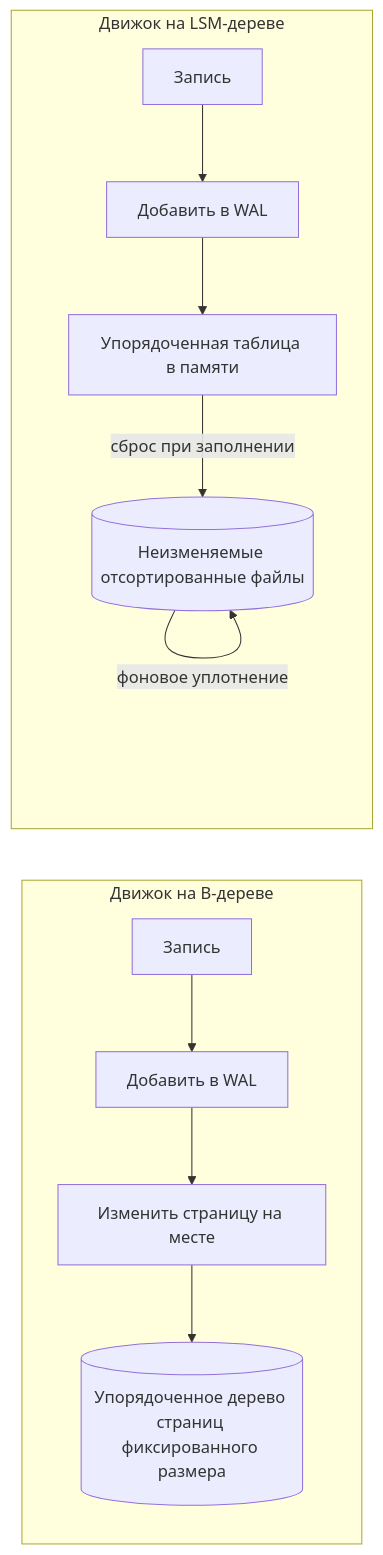
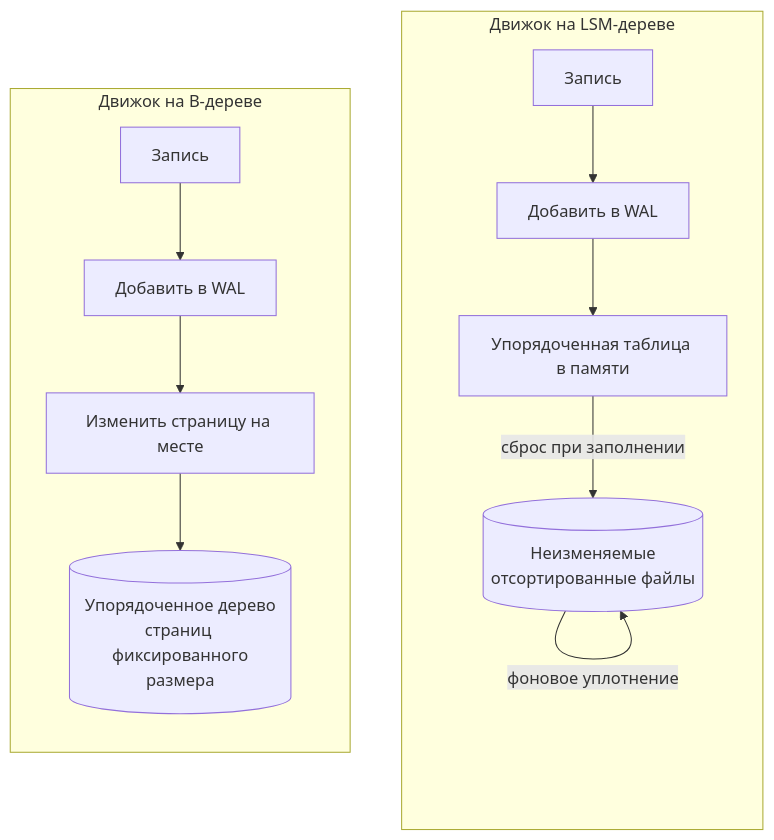
Before and after one commit to butyavk/system-design: the second of 3 diagrams in src/content/docs/ru/data/relational-databases.mdx, drawn with Mermaid. The commit also changed 144 other files, not shown here.

````diff
--- a/src/content/docs/ru/data/relational-databases.mdx
+++ b/src/content/docs/ru/data/relational-databases.mdx
@@ -123,14 +123,16 @@
 ```mermaid
-flowchart LR
+flowchart TB
+  subgraph lsm["Движок на LSM-дереве"]
+    direction TB
+    w2["Запись"] --> wal2["Добавить в WAL"]
+    wal2 --> mem["Упорядоченная таблица в памяти"]
+    mem -- "сброс при заполнении" --> sst[("Неизменяемые<br/>отсортированные файлы")]
+    sst -- "фоновое уплотнение" --> sst
+  end
   subgraph btree["Движок на B-дереве"]
+    direction TB
     w1["Запись"] --> wal1["Добавить в WAL"]
     wal1 --> page["Изменить страницу на месте"]
-    page --> tree[("Упорядоченное дерево страниц фиксированного размера")]
-  end
-  subgraph lsm["Движок на LSM-дереве"]
-    w2["Запись"] --> wal2["Добавить в WAL"]
-    wal2 --> mem["Упорядоченная таблица в памяти"]
-    mem -- "сброс при заполнении" --> sst[("Неизменяемые отсортированные файлы")]
-    sst -- "фоновое уплотнение" --> sst
+    page --> tree[("Упорядоченное дерево<br/>страниц фиксированного<br/>размера")]
   end
 ```
````
